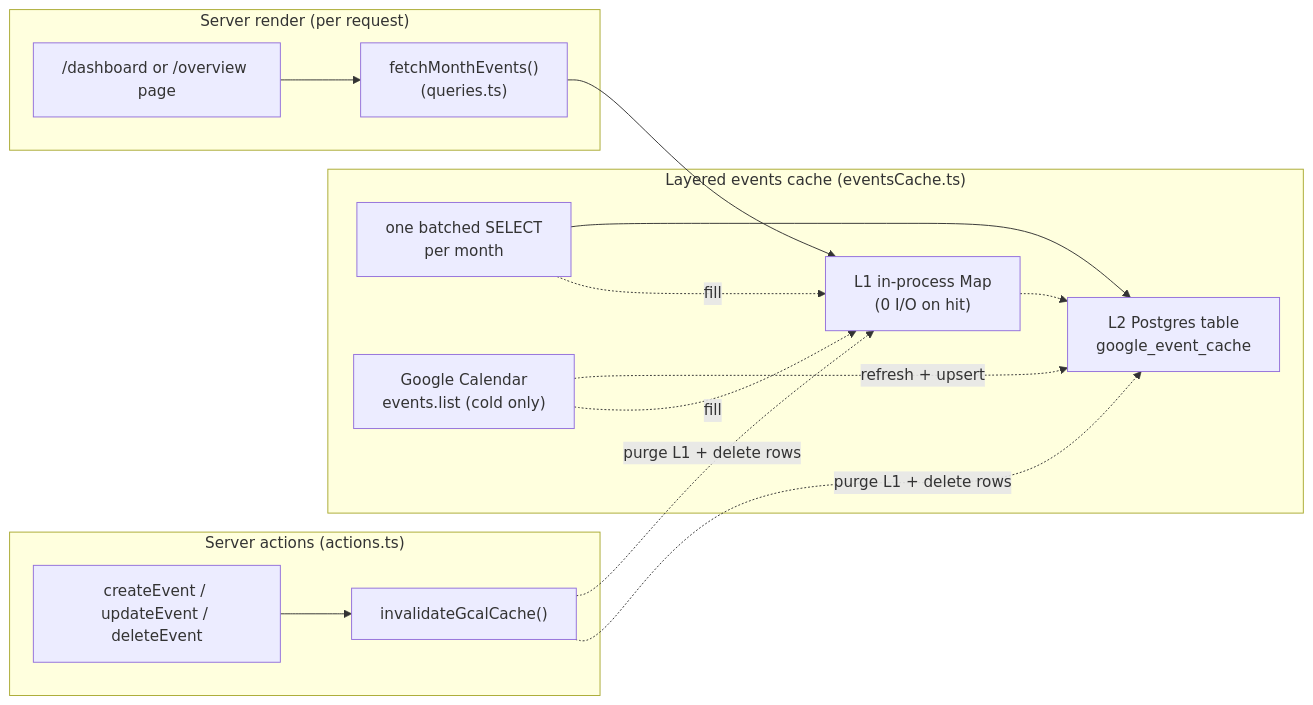
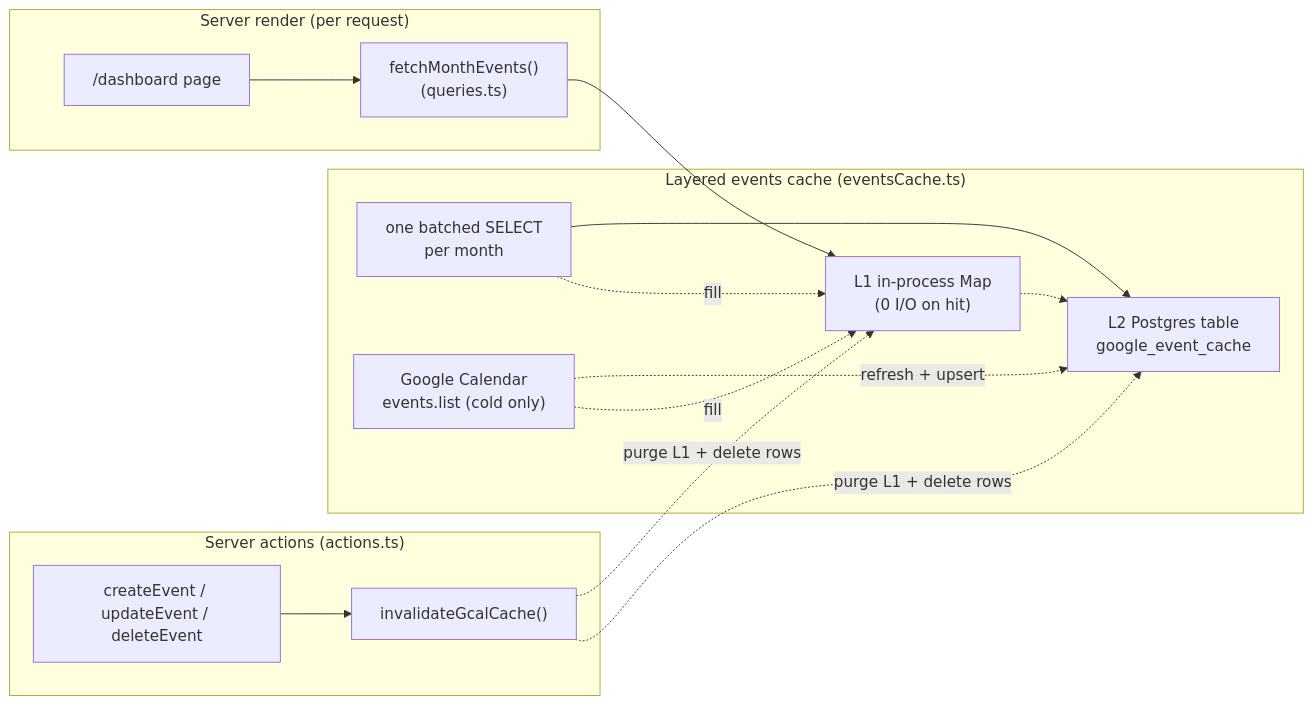
Before and after one commit to oncloudnintynineone-source/cloudy2: the first of 7 diagrams in docs/events-cache.md, drawn with Mermaid. The commit also changed other lines of this file and 42 other files, not shown here.

````diff
--- a/docs/events-cache.md
+++ b/docs/events-cache.md
@@ -64,26 +63,26 @@
 ```mermaid
 flowchart LR
     subgraph RSC["Server render (per request)"]
-        D["/dashboard or /overview page"]
+        D["/dashboard page"]
         FM["fetchMonthEvents()<br/>(queries.ts)"]
     end
     subgraph CACHE["Layered events cache (eventsCache.ts)"]
         L1["L1 in-process Map<br/>(0 I/O on hit)"]
         L2["L2 Postgres table<br/>google_event_cache"]
         L2q["one batched SELECT<br/>per month"]
         G["Google Calendar<br/>events.list (cold only)"]
         L1 -.-> L2
         L2q --> L2
         L2q -. "fill" .-> L1
         G -. "refresh + upsert" .-> L2
         G -. "fill" .-> L1
     end
     subgraph MUT["Server actions (actions.ts)"]
         CRUD["createEvent / updateEvent / deleteEvent"]
         INV["invalidateGcalCache()"]
         CRUD --> INV
         INV -. "purge L1 + delete rows" .-> L1
         INV -. "purge L1 + delete rows" .-> L2
     end
     D --> FM --> L1
 ```
````
